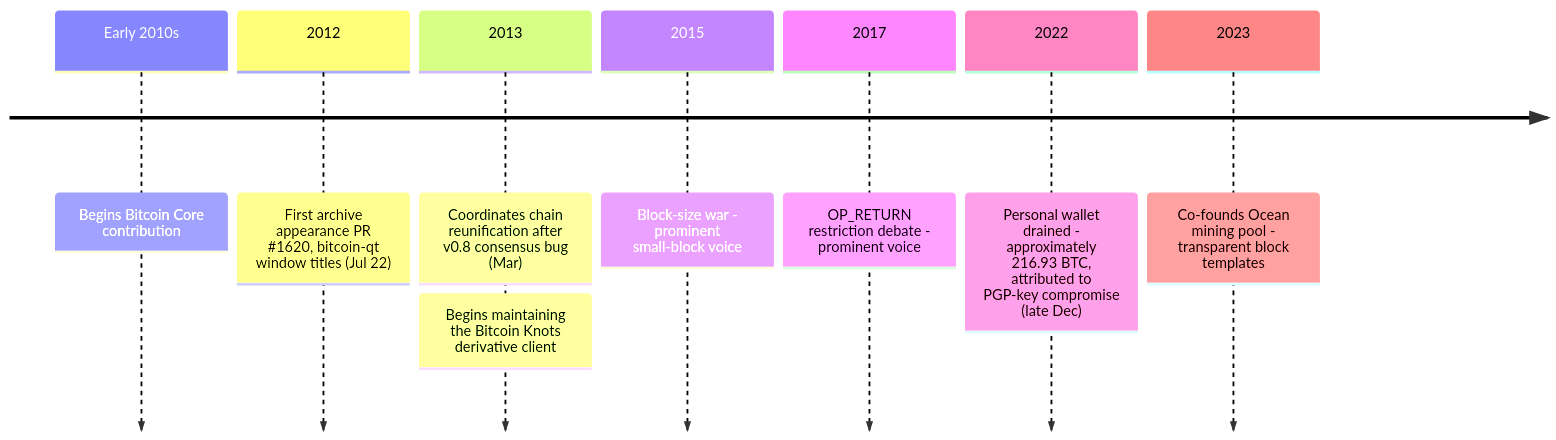
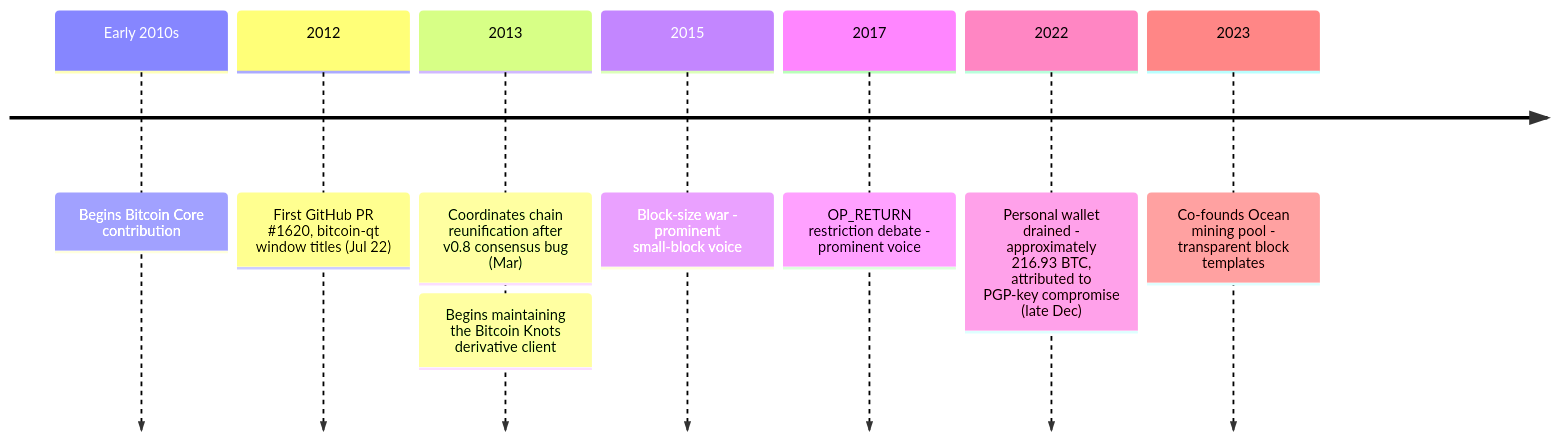
Before and after one commit to cypher256/BitcoinArchive: the diagram in src/data/entries/en/aftermath/2012-07-22-luke-dashjr-biography.md, drawn with Mermaid. The commit also changed other lines of this file and 14 other files, not shown here.

First line of the commit message:
Distinguish 'the archive' from the medium of appearance

````diff
--- a/src/data/entries/en/aftermath/2012-07-22-luke-dashjr-biography.md
+++ b/src/data/entries/en/aftermath/2012-07-22-luke-dashjr-biography.md
@@ -27,12 +27,12 @@
 ```mermaid
 timeline
     Early 2010s : Begins Bitcoin Core contribution
-    2012 : First archive appearance PR #1620, bitcoin-qt window titles (Jul 22)
+    2012 : First GitHub PR #1620, bitcoin-qt window titles (Jul 22)
     %% link: /BitcoinArchive/entries/forum/github/pr-1620/2012-07-22-pr-1620-change-window-titles-to-bitcoin-qt-purpose-misc-re/
     2013 : Coordinates chain reunification after v0.8 consensus bug (Mar)
          : Begins maintaining the Bitcoin Knots derivative client
     2015 : Block-size war - prominent small-block voice
     2017 : OP_RETURN restriction debate - prominent voice
     2022 : Personal wallet drained - approximately 216.93 BTC, attributed to PGP-key compromise (late Dec)
     2023 : Co-founds Ocean mining pool - transparent block templates
 ```
````
